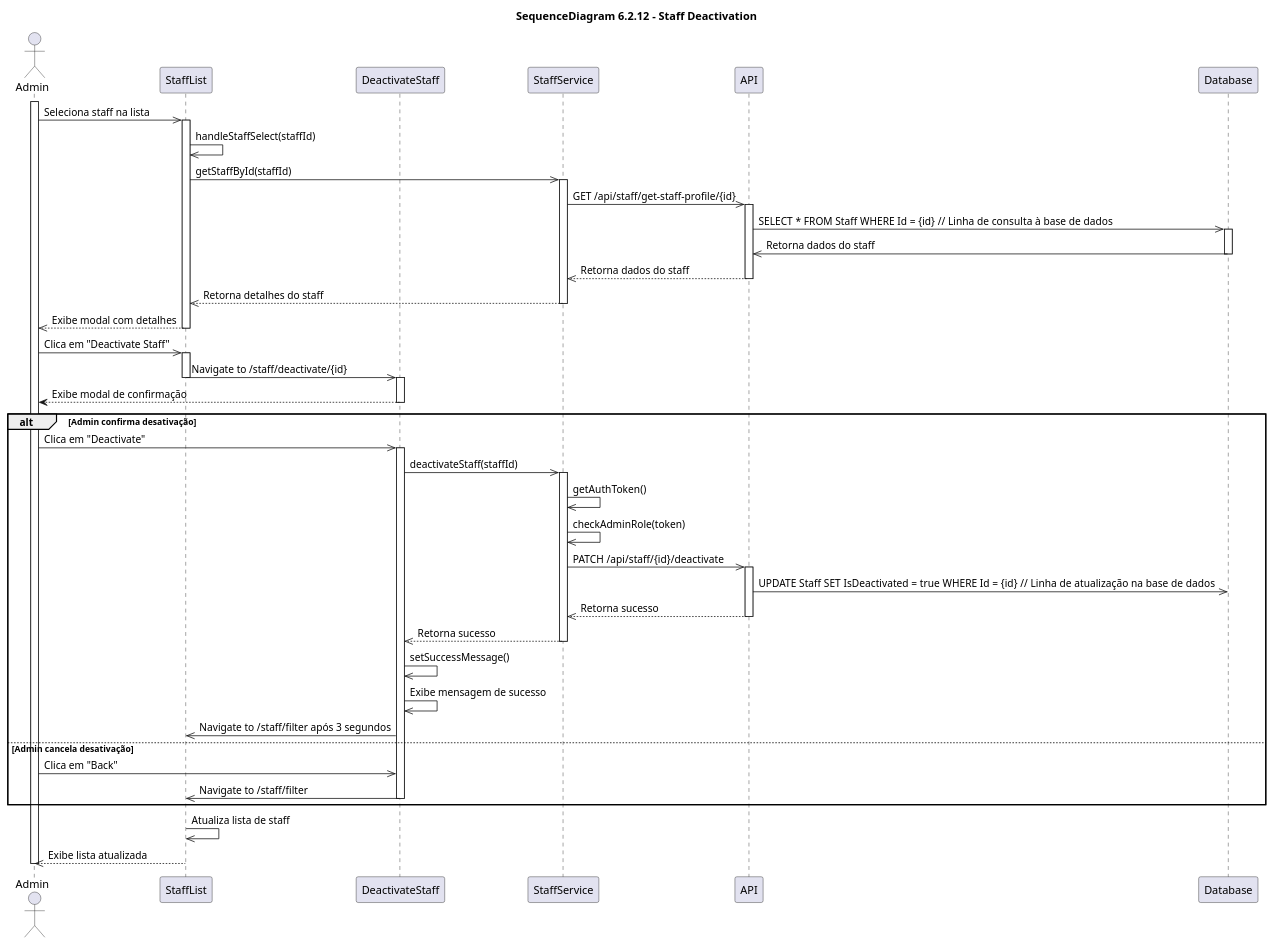
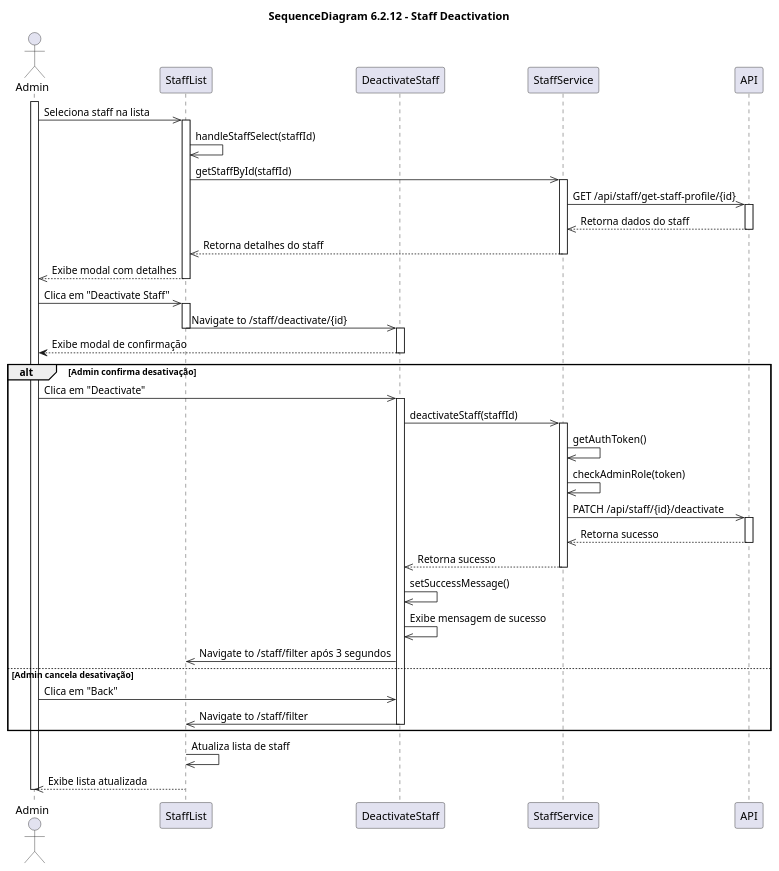
Before and after one commit to HugBar/3DC_G17: the diagram in docs/Sprint2/US 6.2.12/SD.puml, drawn with PlantUML. The commit also changed 11 other files, not shown here.

```diff
--- a/docs/Sprint2/US 6.2.12/SD.puml
+++ b/docs/Sprint2/US 6.2.12/SD.puml
@@ -1,66 +1,59 @@
-@startuml namespace "SD US 6.2.12"
+@startuml
 title "SequenceDiagram 6.2.12 - Staff Deactivation"
 
 actor Admin
 participant StaffList
 participant DeactivateStaff
 participant StaffService
 participant API
-participant Database
 
 activate Admin
 Admin->>StaffList: Seleciona staff na lista
 activate StaffList
 StaffList->>StaffList: handleStaffSelect(staffId)
 StaffList->>StaffService: getStaffById(staffId)
 activate StaffService
 StaffService->>API: GET /api/staff/get-staff-profile/{id}
 activate API
-API->>Database: SELECT * FROM Staff WHERE Id = {id}  // Linha de consulta à base de dados
-activate Database
-Database->>API: Retorna dados do staff
-deactivate Database
 API-->>StaffService: Retorna dados do staff
 deactivate API
 StaffService-->>StaffList: Retorna detalhes do staff
 deactivate StaffService
 StaffList-->>Admin: Exibe modal com detalhes
 deactivate StaffList
 Admin->>StaffList: Clica em "Deactivate Staff"
 activate StaffList
 StaffList->>DeactivateStaff: Navigate to /staff/deactivate/{id}
 deactivate StaffList
 activate DeactivateStaff
 DeactivateStaff-->Admin: Exibe modal de confirmação
 deactivate DeactivateStaff
 
 alt Admin confirma desativação
     Admin->>DeactivateStaff: Clica em "Deactivate"
     activate DeactivateStaff
     DeactivateStaff->>StaffService: deactivateStaff(staffId)
     activate StaffService
     StaffService->>StaffService: getAuthToken()
     StaffService->>StaffService: checkAdminRole(token)
     StaffService->>API: PATCH /api/staff/{id}/deactivate
     activate API
-    API->>Database: UPDATE Staff SET IsDeactivated = true WHERE Id = {id}  // Linha de atualização na base de dados
-    deactivate Database
     API-->>StaffService: Retorna sucesso
     deactivate API
     StaffService-->>DeactivateStaff: Retorna sucesso
     deactivate StaffService
     DeactivateStaff->>DeactivateStaff: setSuccessMessage()
     DeactivateStaff->>DeactivateStaff: Exibe mensagem de sucesso
     DeactivateStaff->>StaffList: Navigate to /staff/filter após 3 segundos
 else Admin cancela desativação
     Admin->>DeactivateStaff: Clica em "Back"
     DeactivateStaff->>StaffList: Navigate to /staff/filter
     deactivate DeactivateStaff
 end
 
 activate StaffList
 StaffList->>StaffList: Atualiza lista de staff
 StaffList-->>Admin: Exibe lista atualizada
 deactivate StaffList
 deactivate Admin
 @enduml
```
